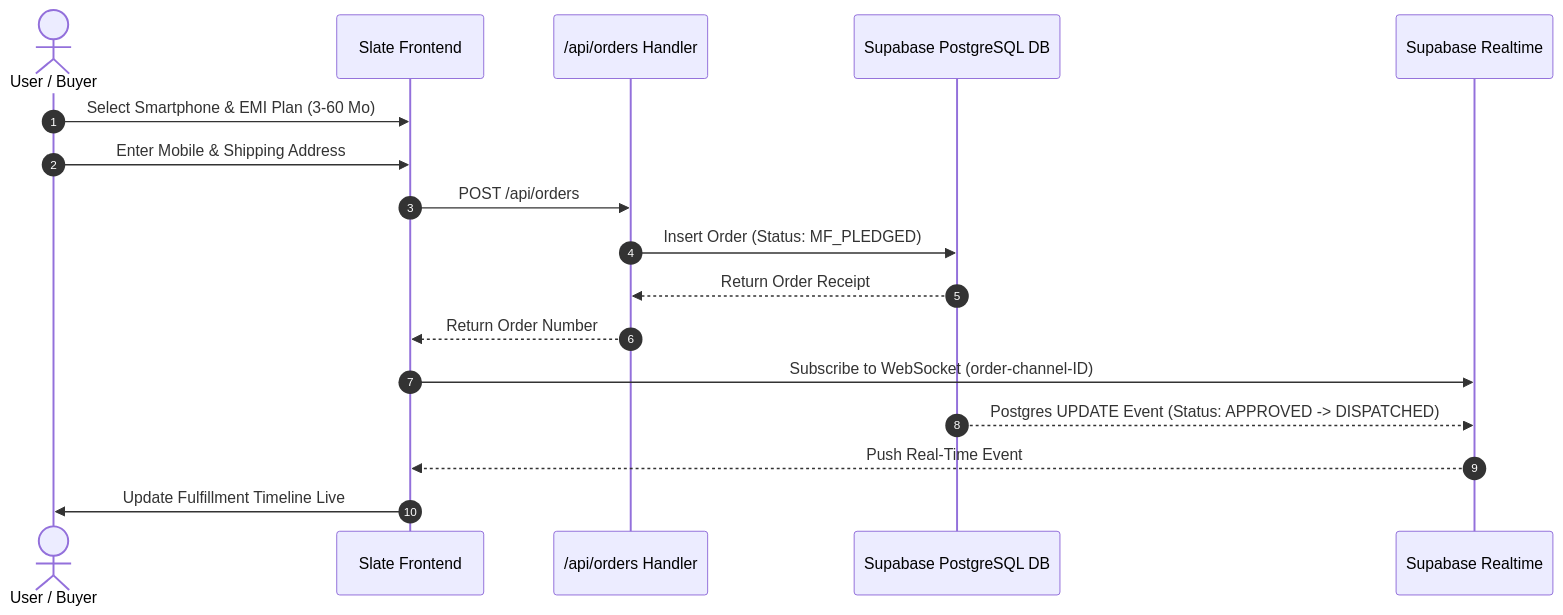
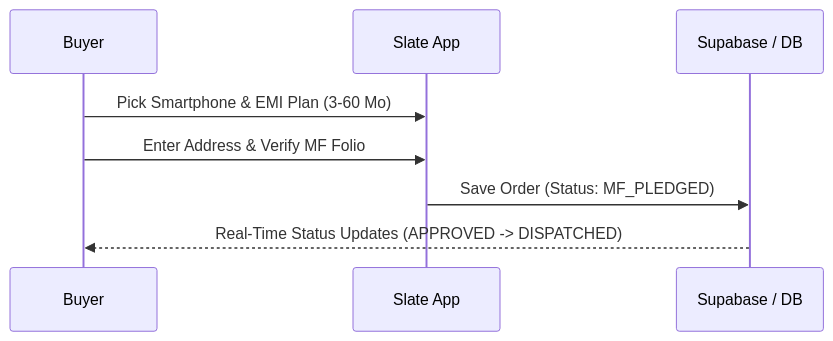
One commit to suryanshag-git/smartphone-store changed the second of 3 diagrams in README.md. Above: the diagram before and after it, drawn with Mermaid. The commit also changed other lines of this file, not shown here.

Commit message:
docs: simplify README diagrams and update project documentation

````diff
--- a/README.md
+++ b/README.md
@@ -122,20 +61,11 @@
 ```mermaid
 sequenceDiagram
-    autonumber
-    actor Buyer as User / Buyer
-    participant App as Slate Frontend
-    participant API as /api/orders Handler
-    participant DB as Supabase PostgreSQL DB
-    participant WS as Supabase Realtime
+    participant User as Buyer
+    participant Slate as Slate App
+    participant DB as Supabase / DB
 
-    Buyer->>App: Select Smartphone & EMI Plan (3-60 Mo)
-    Buyer->>App: Enter Mobile & Shipping Address
-    App->>API: POST /api/orders
-    API->>DB: Insert Order (Status: MF_PLEDGED)
-    DB-->>API: Return Order Receipt
-    API-->>App: Return Order Number
-    App->>WS: Subscribe to WebSocket (order-channel-ID)
-    DB-->>WS: Postgres UPDATE Event (Status: APPROVED -> DISPATCHED)
-    WS-->>App: Push Real-Time Event
-    App->>Buyer: Update Fulfillment Timeline Live
+    User->>Slate: Pick Smartphone & EMI Plan (3-60 Mo)
+    User->>Slate: Enter Address & Verify MF Folio
+    Slate->>DB: Save Order (Status: MF_PLEDGED)
+    DB-->>User: Real-Time Status Updates (APPROVED -> DISPATCHED)
 ```
````
